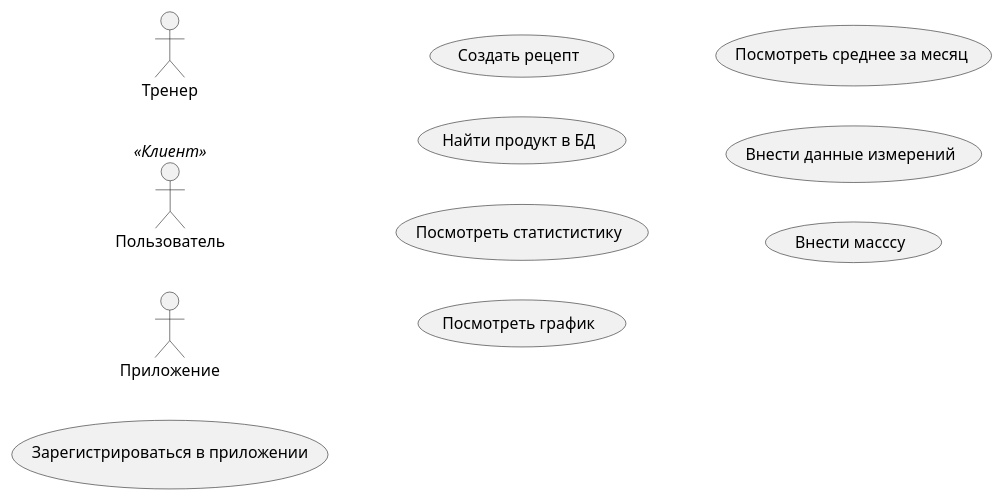
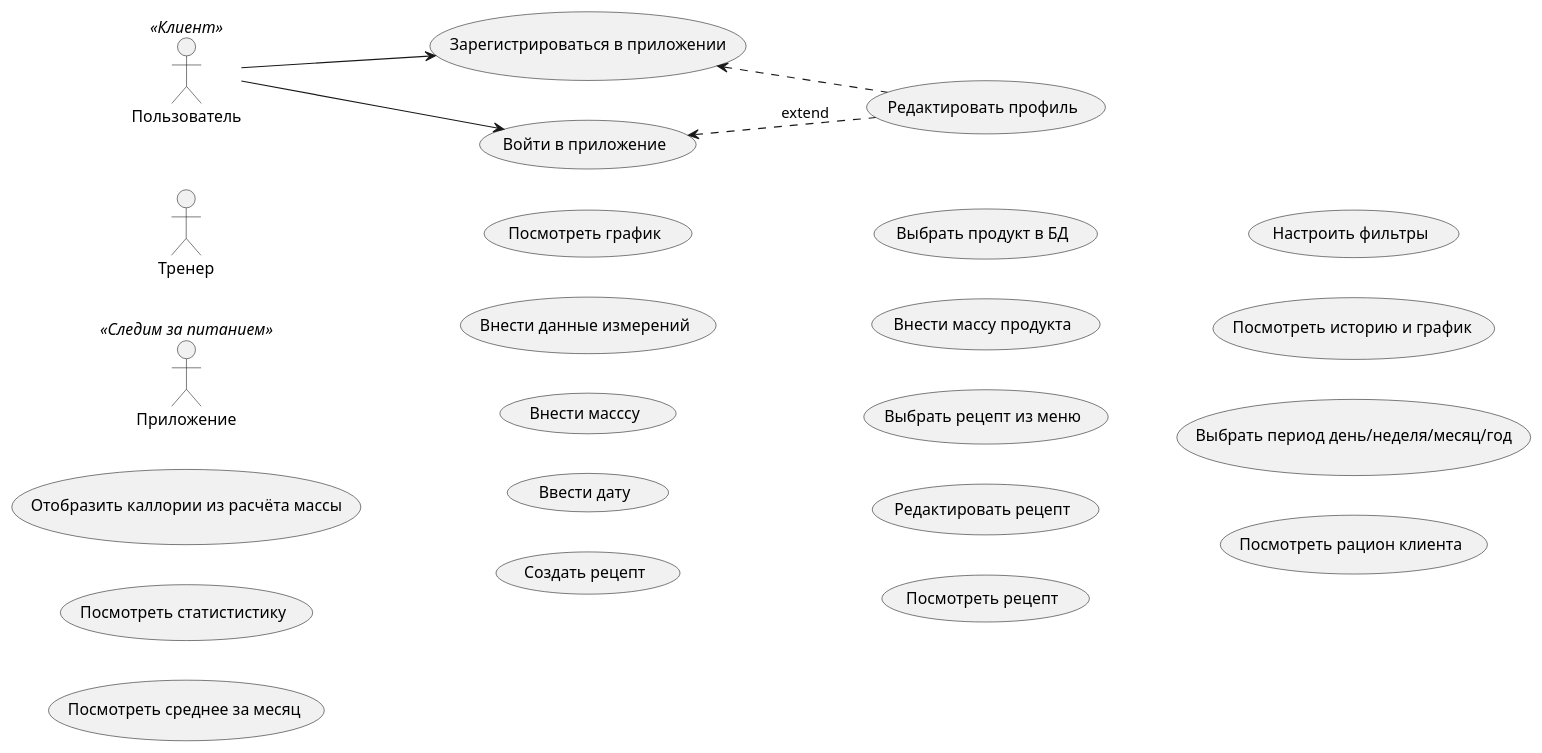
One commit to KateVishnya/nutrition-watch changed the diagram in src/diagrams/use-case.wsd. Above: the diagram before and after it, drawn with PlantUML. The commit also changed 1 other file, not shown here.

```diff
--- a/src/diagrams/use-case.wsd
+++ b/src/diagrams/use-case.wsd
@@ -1,20 +1,52 @@
 @startuml
 
 left to right direction
 
 ' Роли
 :Тренер: as couch
 :Пользователь: as user <<Клиент>>
-:Приложение: as app
+:Приложение: as app <<Следим за питанием>>
 
-usecase (Зарегистрироваться в приложении)
-usecase (Создать рецепт)
-usecase (Найти продукт в БД)
-usecase (Посмотреть статистистику)
-usecase (Посмотреть график)
-usecase (Посмотреть среднее за месяц)
-usecase (Внести данные измерений)
-usecase (Внести масссу)
+' Варианты
+
+usecase (Зарегистрироваться в приложении) as uc_reg
+usecase (Редактировать профиль) as uc_edit_profile
+usecase (Войти в приложение) as uc_sign_in
+
+usecase (Отобразить каллории из расчёта массы) as show_callories
+
+usecase (Посмотреть статистистику) as view_stat
+usecase (Посмотреть среднее за месяц) as view_average
+usecase (Посмотреть график) as view_chart
+
+usecase (Внести данные измерений) as enter_data
+usecase (Внести масссу) as add_mass
+usecase (Ввести дату) as add_date
+
+' Рецепты могут создать и пользователи и клиенты
+usecase (Создать рецепт) as create_recipe
+usecase (Выбрать продукт в БД) as uc_check_eat
+usecase (Внести массу продукта) as uc_add_eat
+
+usecase (Выбрать рецепт из меню) as choose_recipe
+usecase (Редактировать рецепт) as edit_recipe
+
+usecase (Посмотреть рецепт) as view_recipe
+
+usecase (Настроить фильтры) as configure_filters
+
+
+usecase (Посмотреть историю и график) as view_history_schedule
+usecase (Выбрать период день/неделя/месяц/год) as select_period
+
+usecase (Посмотреть рацион клиента) as view_diet
+
+' Связи
+
+user --> uc_reg
+uc_reg <.. uc_edit_profile
+user --> uc_sign_in
+uc_sign_in <.. uc_edit_profile : extend
 
 
 @enduml
```
